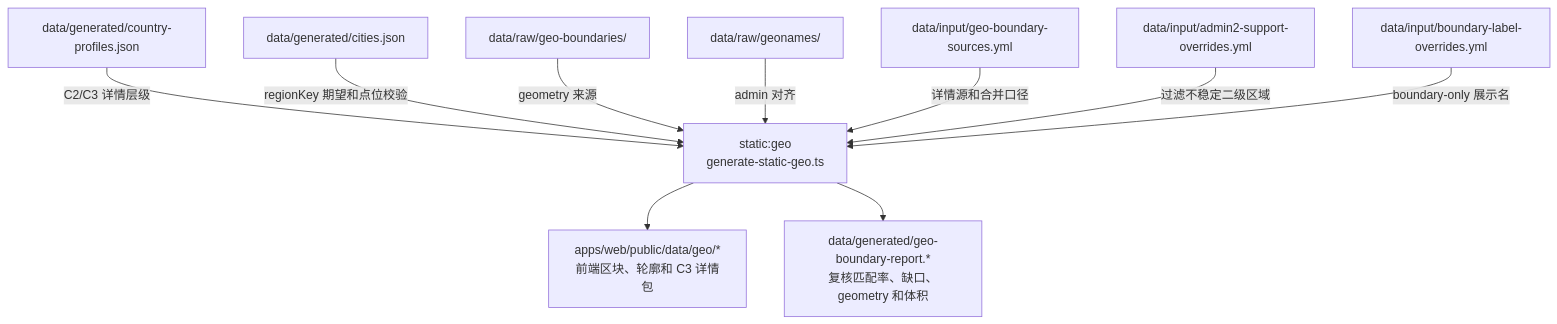
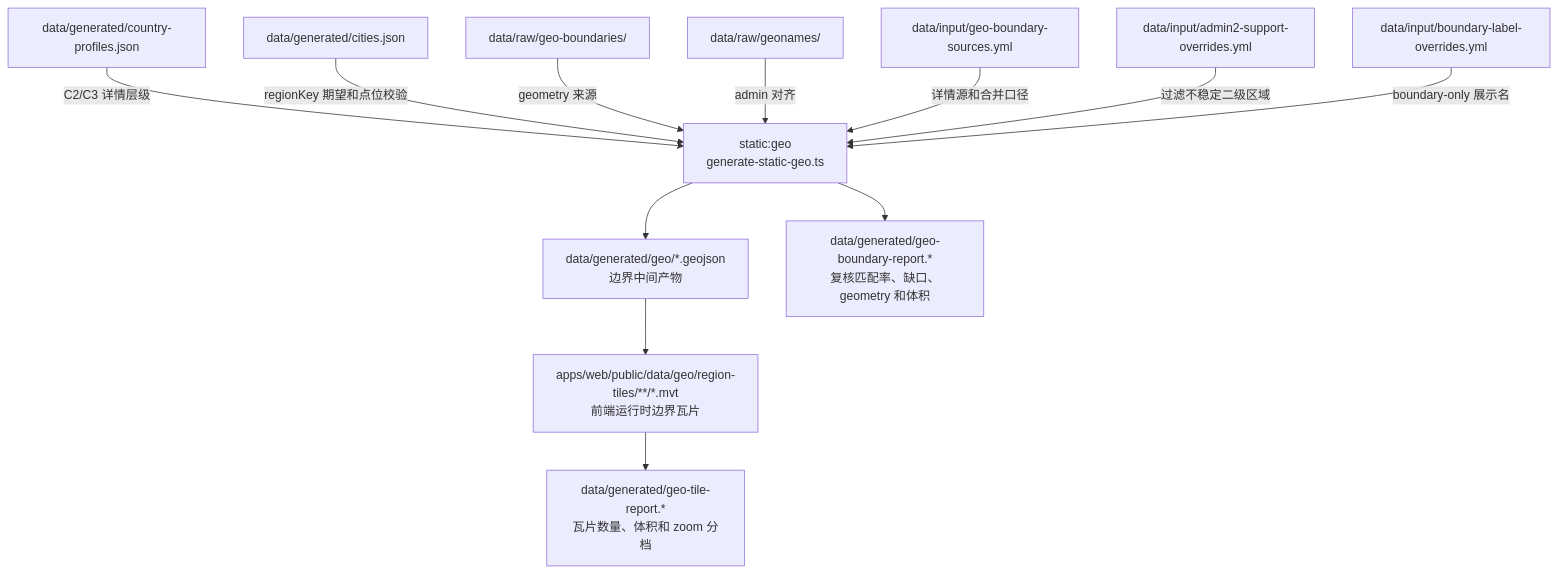
The fifth of 6 diagrams in docs/specs/31-data-flow.md (xiaomingio/weather-trip), drawn with Mermaid before and after one commit. The commit also changed other lines of this file and 739 other files, not shown here.

Commit message:
migrate geo to tiles; bugfix; ux; code optimize; docs

````diff
--- a/docs/specs/31-data-flow.md
+++ b/docs/specs/31-data-flow.md
@@ -213,23 +213,27 @@
 ```mermaid
 flowchart TB
   profilesGenerated["data/generated/country-profiles.json"]
   citiesGenerated["data/generated/cities.json"]
   rawBoundary["data/raw/geo-boundaries/"]
   rawGeonames["data/raw/geonames/"]
   geoSources["data/input/geo-boundary-sources.yml"]
   boundaryLabels["data/input/boundary-label-overrides.yml"]
   admin2Support["data/input/admin2-support-overrides.yml"]
   generateGeo["static:geo<br/>generate-static-geo.ts"]
-  publicGeo["apps/web/public/data/geo/*<br/>前端区块、轮廓和 C3 详情包"]
+  publicGeo["data/generated/geo/*.geojson<br/>边界中间产物"]
+  geoTiles["apps/web/public/data/geo/region-tiles/**/*.mvt<br/>前端运行时边界瓦片"]
   geoReport["data/generated/geo-boundary-report.*<br/>复核匹配率、缺口、geometry 和体积"]
+  tileReport["data/generated/geo-tile-report.*<br/>瓦片数量、体积和 zoom 分档"]
 
   profilesGenerated -->|C2/C3 详情层级| generateGeo
   citiesGenerated -->|regionKey 期望和点位校验| generateGeo
   rawBoundary -->|geometry 来源| generateGeo
   rawGeonames -->|admin 对齐| generateGeo
   geoSources -->|详情源和合并口径| generateGeo
   admin2Support -->|过滤不稳定二级区域| generateGeo
   boundaryLabels -->|boundary-only 展示名| generateGeo
   generateGeo --> publicGeo
   generateGeo --> geoReport
+  publicGeo --> geoTiles
+  geoTiles --> tileReport
 ```
````
